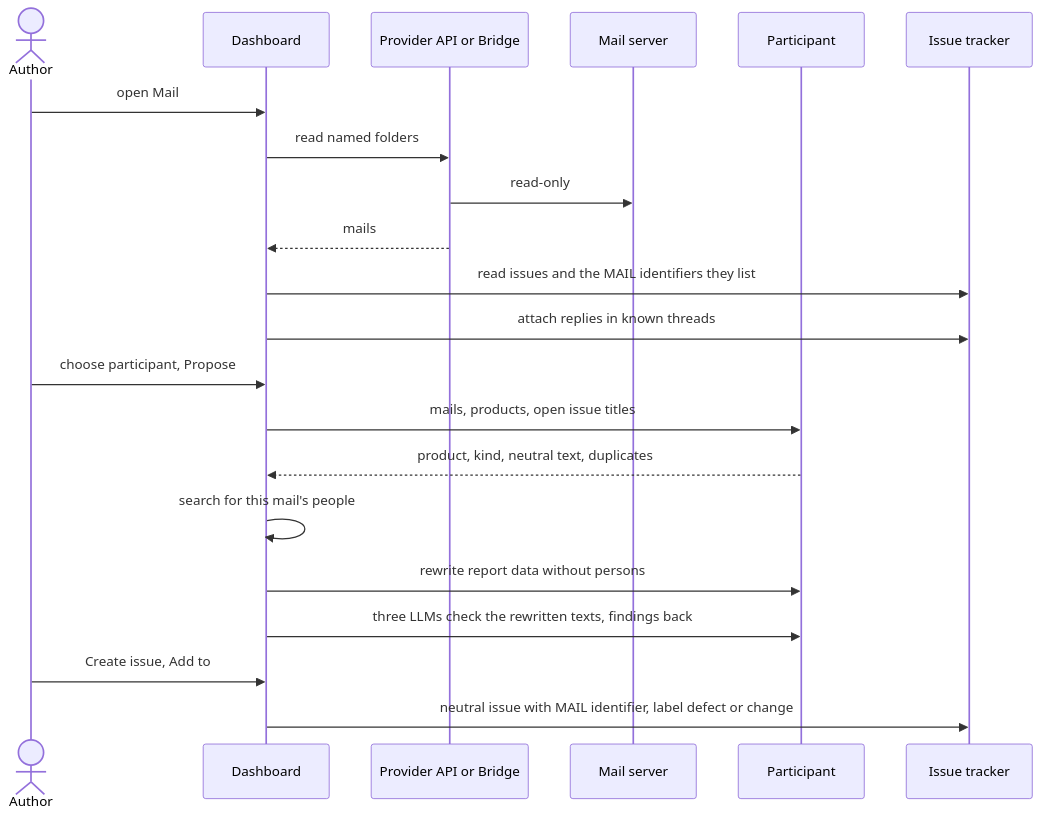
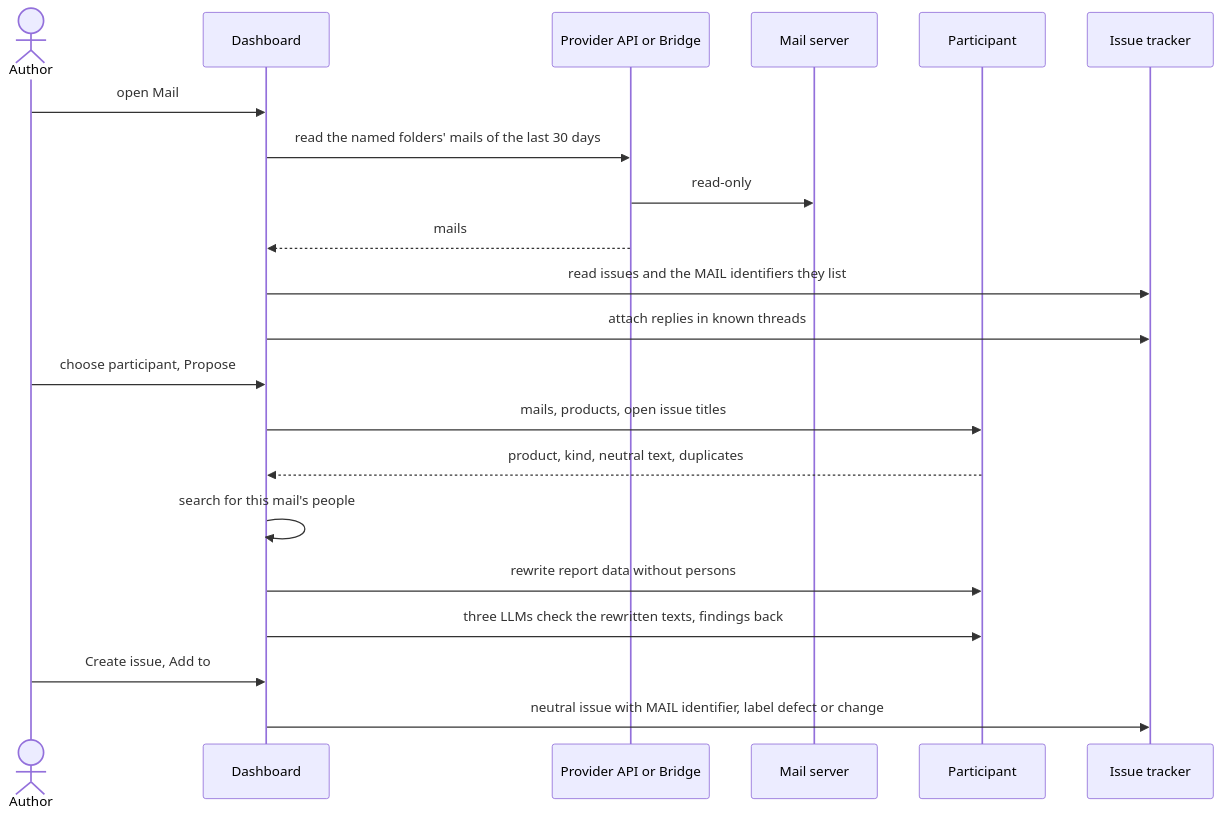
The diagram in docs/use-cases/UC-038-turn-mails-into-issues.md (akmaier/agent-m), drawn with Mermaid before and after one commit. The commit also changed other lines of this file, not shown here.

First line of the commit message:
UC-038 step 2: only the mails of the last 30 days are read, selected by the mail server; 2b: an undecided older mail is no longer listed (draft)

````diff
--- a/docs/use-cases/UC-038-turn-mails-into-issues.md
+++ b/docs/use-cases/UC-038-turn-mails-into-issues.md
@@ -127,23 +127,23 @@
 ```mermaid
 sequenceDiagram
     actor A as Author
     participant D as Dashboard
     participant B as Provider API or Bridge
     participant S as Mail server
     participant P as Participant
     participant I as Issue tracker
     A->>D: open Mail
-    D->>B: read named folders
+    D->>B: read the named folders' mails of the last 30 days
     B->>S: read-only
     B-->>D: mails
     D->>I: read issues and the MAIL identifiers they list
     D->>I: attach replies in known threads
     A->>D: choose participant, Propose
     D->>P: mails, products, open issue titles
     P-->>D: product, kind, neutral text, duplicates
     D->>D: search for this mail's people
     D->>P: rewrite report data without persons
     D->>P: three LLMs check the rewritten texts, findings back
     A->>D: Create issue, Add to #n, or Not an issue
     D->>I: neutral issue with MAIL identifier, label defect or change
 ```
````
